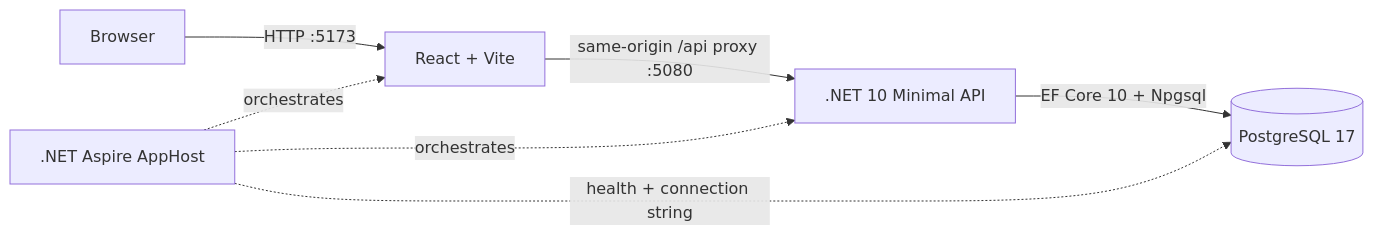
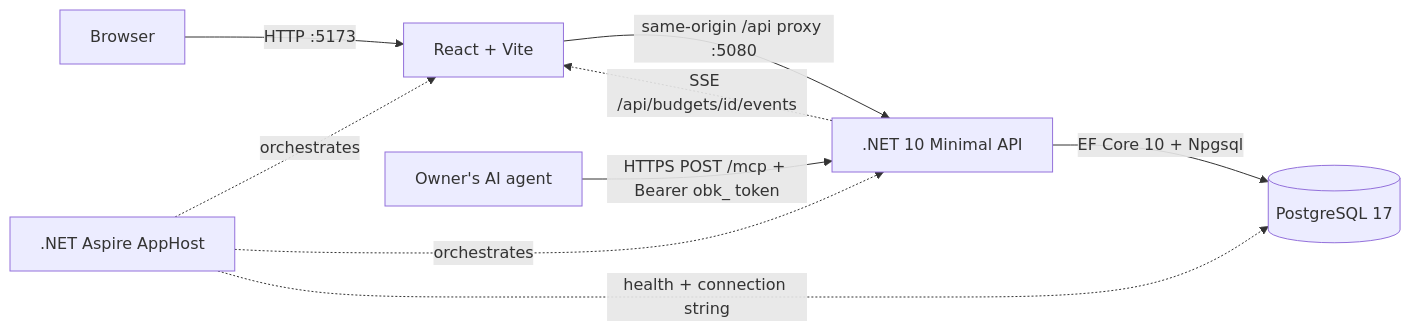
The diagram in docs/architecture.md (lakylekidd/open-budget-app), drawn with Mermaid before and after one commit. The commit also changed other lines of this file and 40 other files, not shown here.

First line of the commit message:
feat: add MCP server with scoped agent tokens and live budget updates

````diff
--- a/docs/architecture.md
+++ b/docs/architecture.md
@@ -5,9 +5,11 @@
 ```mermaid
 flowchart LR
   Browser[Browser] -->|HTTP :5173| UI[React + Vite]
   UI -->|same-origin /api proxy :5080| API[.NET 10 Minimal API]
   API -->|EF Core 10 + Npgsql| PG[(PostgreSQL 17)]
   Host[.NET Aspire AppHost] -. orchestrates .-> UI
   Host -. orchestrates .-> API
   Host -. health + connection string .-> PG
+  Agent[Owner's AI agent] -->|HTTPS POST /mcp + Bearer obk_ token| API
+  API -. SSE /api/budgets/id/events .-> UI
 ```
````
